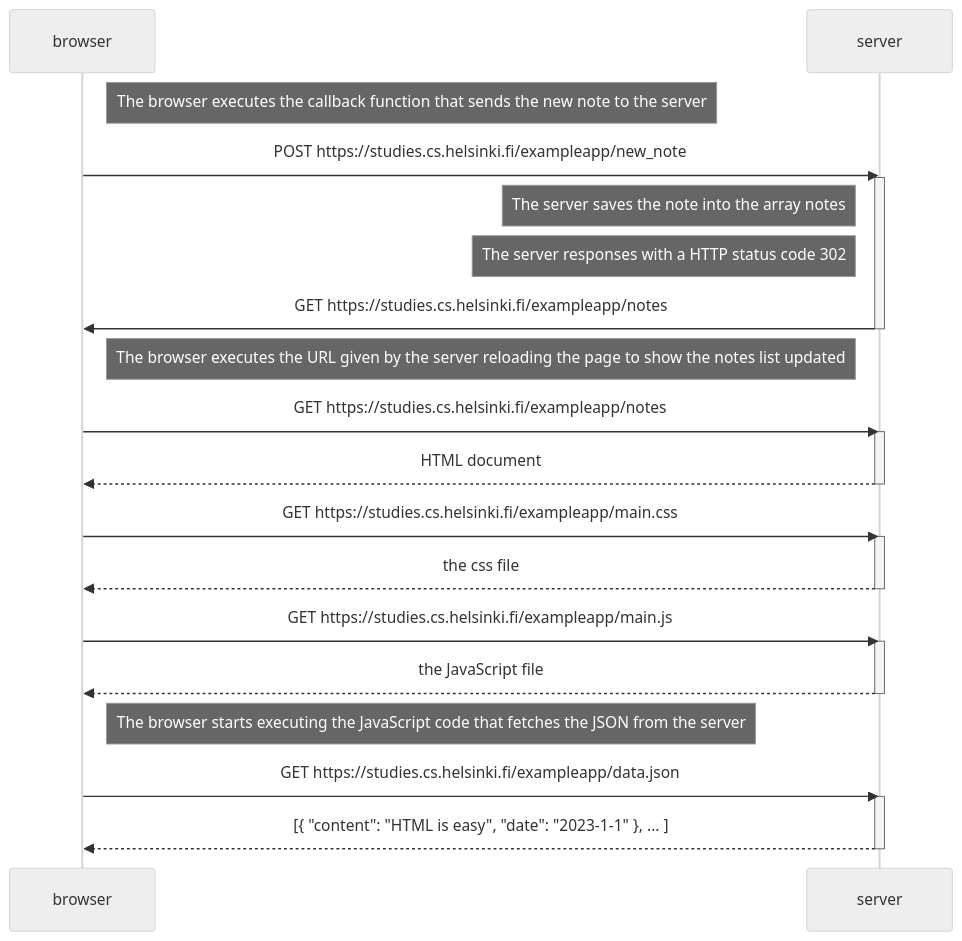
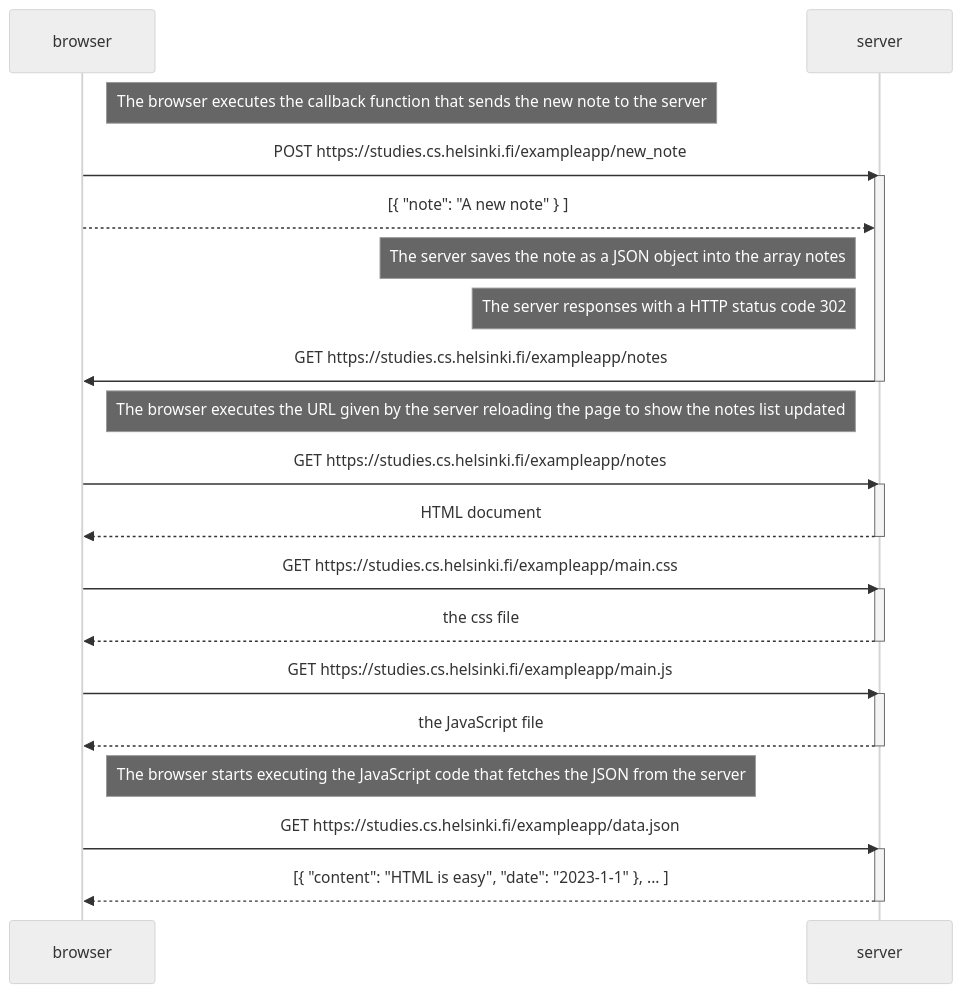
Before and after one commit to claudiainbytes/fullstackopen: the diagram in part0/04.md, drawn with Mermaid (neutral theme).

````diff
--- a/part0/04.md
+++ b/part0/04.md
@@ -1,41 +1,43 @@
 ```mermaid
 sequenceDiagram
     participant browser
     participant server
 
     Note right of browser: The browser executes the callback function that sends the new note to the server
 
     browser->>server: POST https://studies.cs.helsinki.fi/exampleapp/new_note
     activate server
 
-    Note left of server: The server saves the note into the array notes
+    browser-->>server: [{ "note": "A new note" } ]
+
+    Note left of server: The server saves the note as a JSON object into the array notes
 
     Note left of server:  The server responses with a HTTP status code 302
 
     server->>browser: GET https://studies.cs.helsinki.fi/exampleapp/notes
     deactivate server
 
     Note right of browser: The browser executes the URL given by the server reloading the page to show the notes list updated
 
     browser->>server: GET https://studies.cs.helsinki.fi/exampleapp/notes
     activate server
     server-->>browser: HTML document
     deactivate server
 
     browser->>server: GET https://studies.cs.helsinki.fi/exampleapp/main.css
     activate server
     server-->>browser: the css file
     deactivate server
 
     browser->>server: GET https://studies.cs.helsinki.fi/exampleapp/main.js
     activate server
     server-->>browser: the JavaScript file
     deactivate server
 
     Note right of browser: The browser starts executing the JavaScript code that fetches the JSON from the server
 
     browser->>server: GET https://studies.cs.helsinki.fi/exampleapp/data.json
     activate server
     server-->>browser: [{ "content": "HTML is easy", "date": "2023-1-1" }, ... ]
     deactivate server
 ```
````
